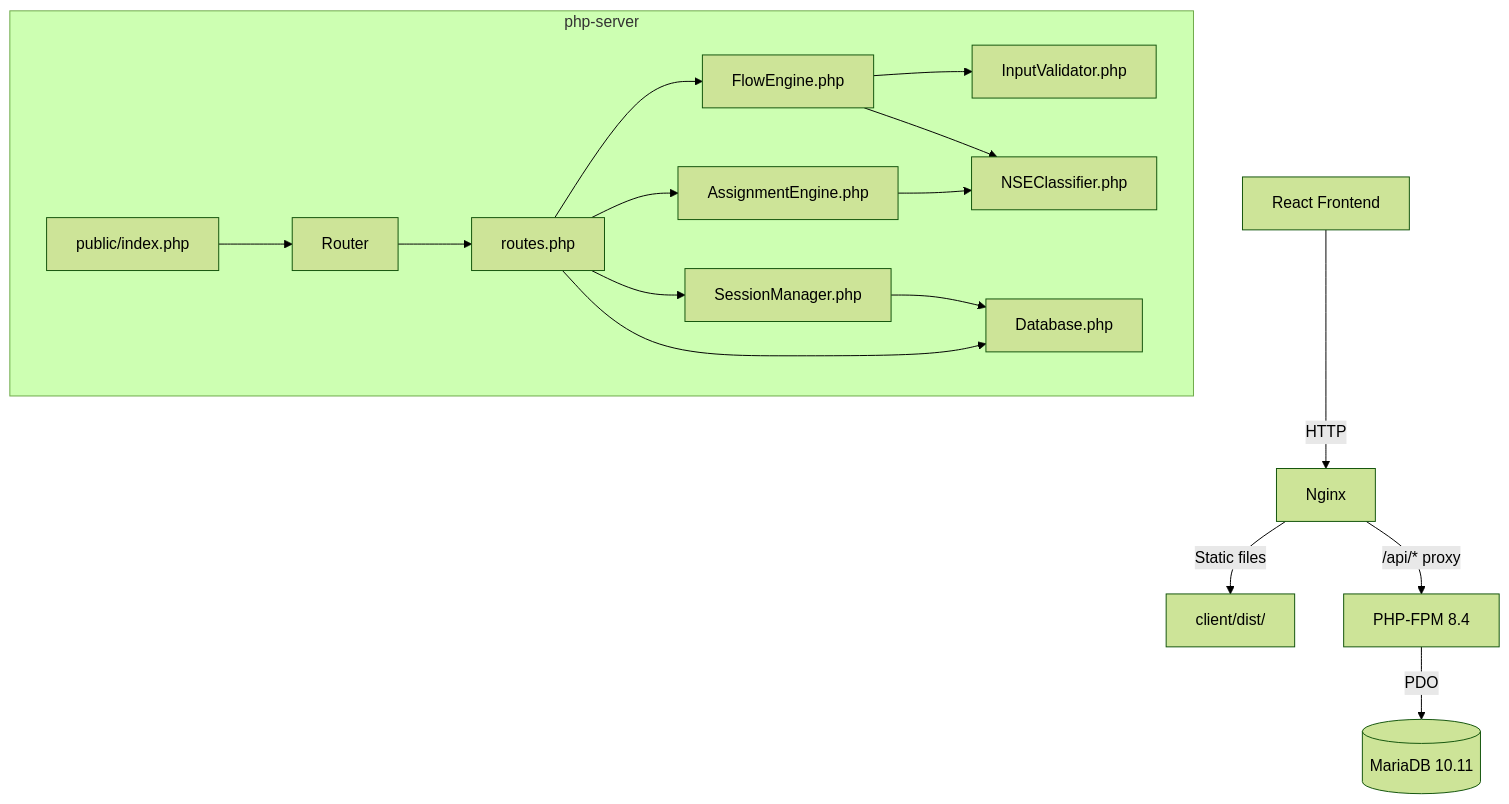
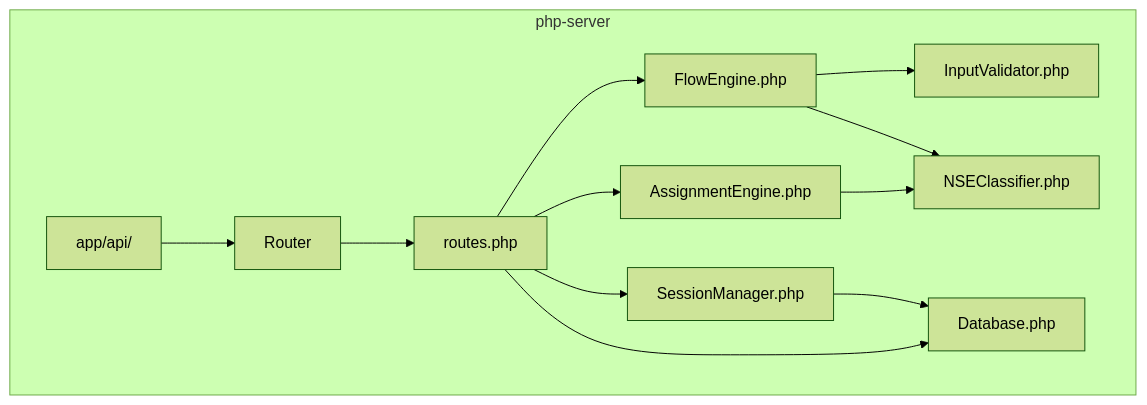
Before and after one commit to daxonich/smnyl-hackathon-26: the second of 2 diagrams in .kiro/specs/php-mariadb-port/design.md, drawn with Mermaid (forest theme). The commit also changed other lines of this file and 4 other files, not shown here.

````diff
--- a/.kiro/specs/php-mariadb-port/design.md
+++ b/.kiro/specs/php-mariadb-port/design.md
@@ -19,20 +28,15 @@
 ```mermaid
 graph TD
-    Browser[React Frontend] -->|HTTP| Nginx
-    Nginx -->|Static files| Dist[client/dist/]
-    Nginx -->|/api/* proxy| PHPFPM[PHP-FPM 8.4]
-    PHPFPM -->|PDO| MariaDB[(MariaDB 10.11)]
-
     subgraph php-server
-        Index[public/index.php] --> Router
+        Index[ app/api/ ] --> Router
         Router --> Routes[routes.php]
         Routes --> FlowEngine[FlowEngine.php]
         Routes --> AssignmentEngine[AssignmentEngine.php]
         Routes --> SessionManager[SessionManager.php]
         FlowEngine --> Validators[InputValidator.php]
         FlowEngine --> NSE[NSEClassifier.php]
         AssignmentEngine --> NSE
         SessionManager --> DB[Database.php]
         Routes --> DB
     end
 ```
````
